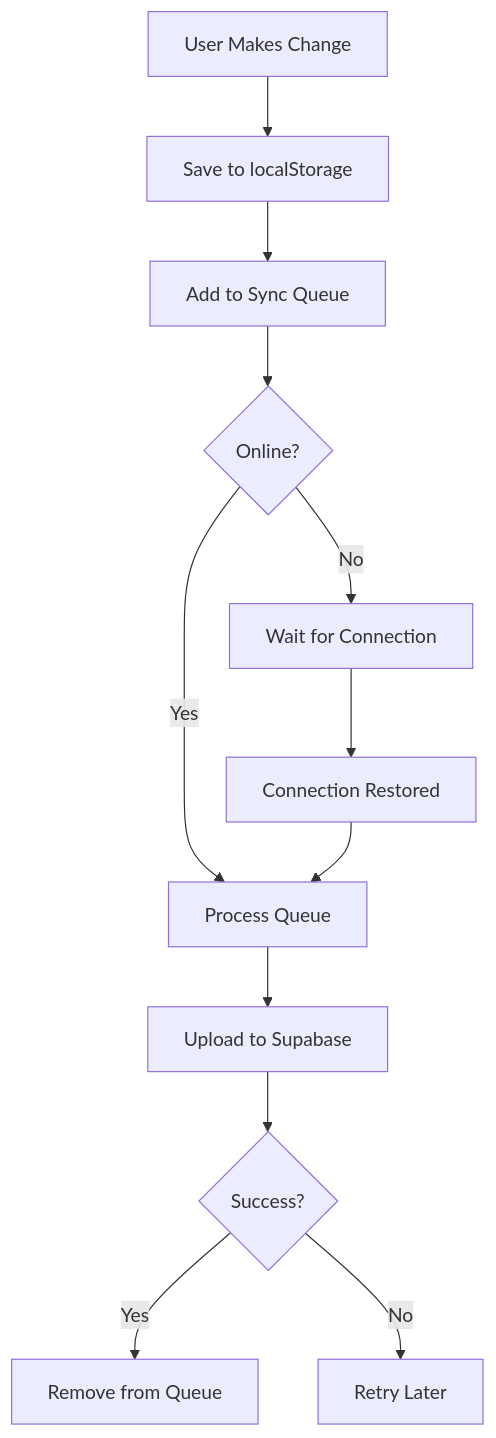
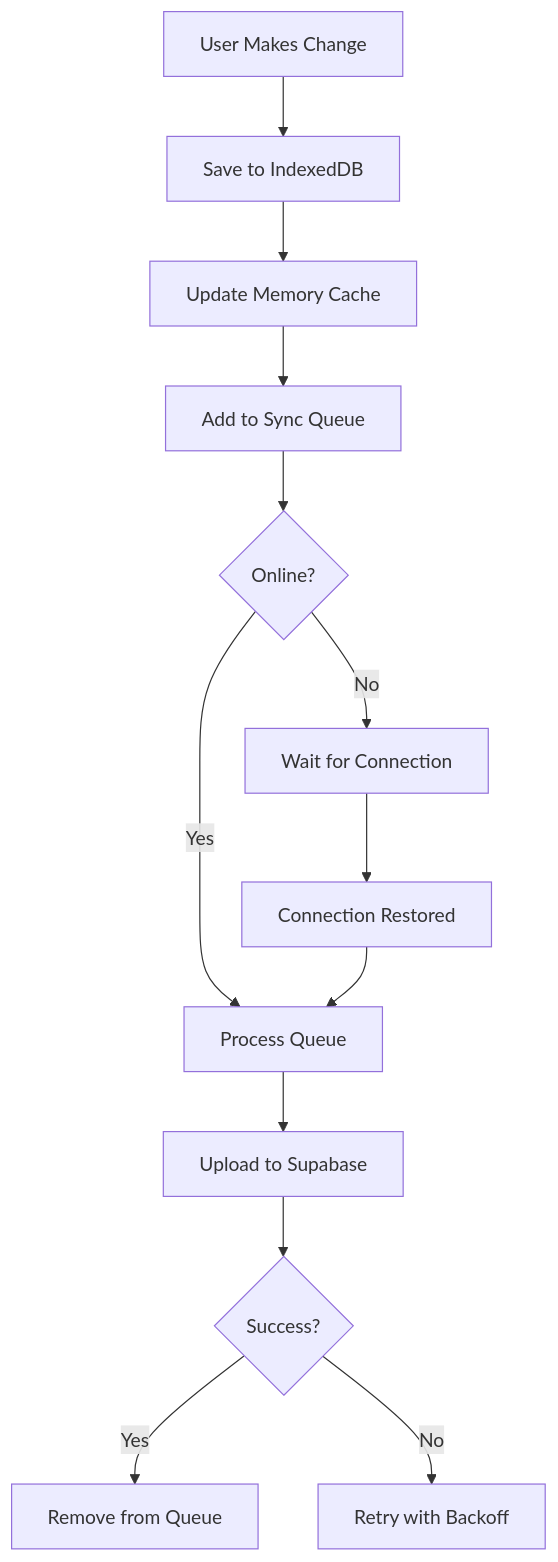
Before and after one commit to floridasonconsulting/quoteitai: the fourth of 4 diagrams in MASTERSYSTEMREFERENCE.md, drawn with Mermaid. The commit also changed other lines of this file, not shown here.

````diff
--- a/MASTERSYSTEMREFERENCE.md
+++ b/MASTERSYSTEMREFERENCE.md
@@ -344,14 +362,15 @@
 ```mermaid
 graph TD
-    A[User Makes Change] --> B[Save to localStorage]
-    B --> C[Add to Sync Queue]
-    C --> D{Online?}
-    D -->|Yes| E[Process Queue]
-    D -->|No| F[Wait for Connection]
-    F --> G[Connection Restored]
-    G --> E
-    E --> H[Upload to Supabase]
-    H --> I{Success?}
-    I -->|Yes| J[Remove from Queue]
-    I -->|No| K[Retry Later]
+    A[User Makes Change] --> B[Save to IndexedDB]
+    B --> C[Update Memory Cache]
+    C --> D[Add to Sync Queue]
+    D --> E{Online?}
+    E -->|Yes| F[Process Queue]
+    E -->|No| G[Wait for Connection]
+    G --> H[Connection Restored]
+    H --> F
+    F --> I[Upload to Supabase]
+    I --> J{Success?}
+    J -->|Yes| K[Remove from Queue]
+    J -->|No| L[Retry with Backoff]
 ```
````
